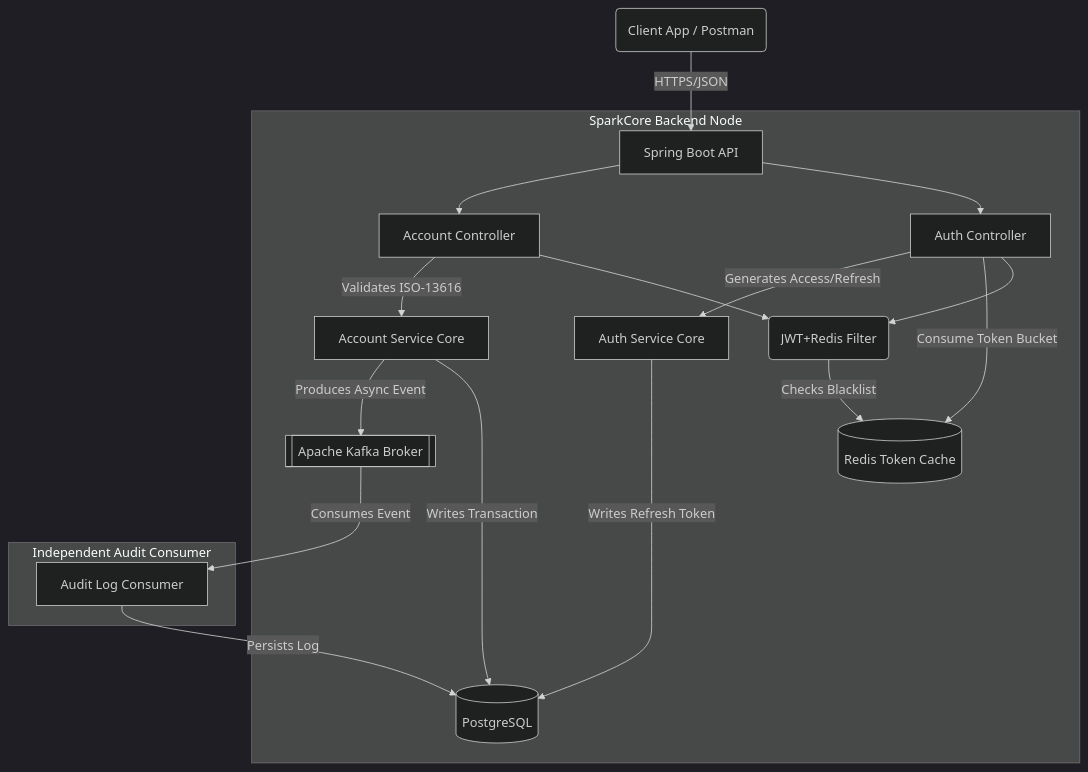
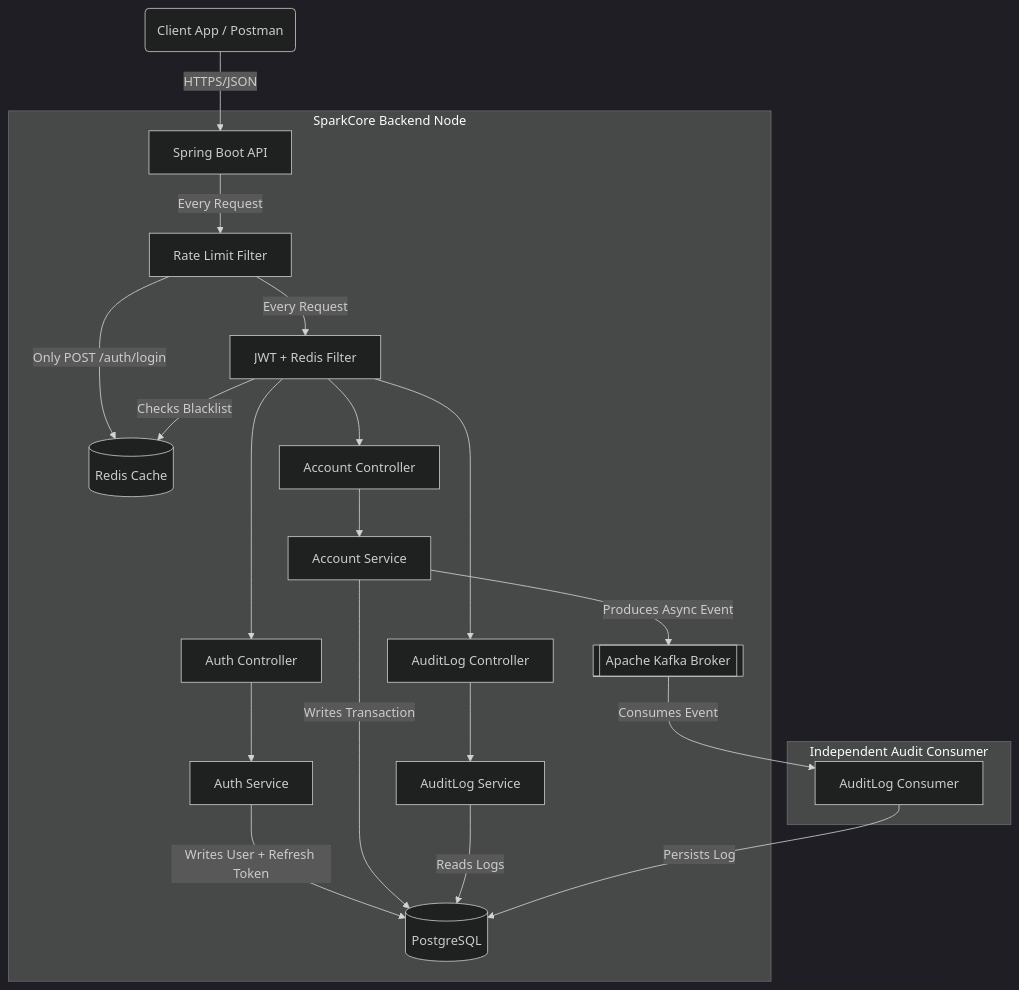
The diagram in README.md (MuadBenMusa/sparkcore-backend), drawn with Mermaid (dark theme) before and after one commit.

Commit message:
docs: use proper sequential filter chain mermaid diagram

````diff
--- a/README.md
+++ b/README.md
@@ -29,28 +29,31 @@
 ```mermaid
 graph TD
     Client(Client App / Postman) -->|HTTPS/JSON| API[Spring Boot API]
-    
+    DB[(PostgreSQL)]
+
     subgraph SparkCore Backend Node
-        API --> Auth[Auth Controller]
-        API --> Account[Account Controller]
-        
-        Auth --> JwtFilter(JWT+Redis Filter)
-        Account --> JwtFilter
-        
-        JwtFilter -- Checks Blacklist --> Redis[(Redis Token Cache)]
-        Auth -- Consume Token Bucket --> Redis
-        
-        Account -- Validates ISO-13616 --> CoreLogic[Account Service Core]
-        Auth -- Generates Access/Refresh --> AuthLogic[Auth Service Core]
-        
-        CoreLogic -- Writes Transaction --> DB[(PostgreSQL)]
-        AuthLogic -- Writes Refresh Token --> DB
-        
-        CoreLogic -- Produces Async Event --> Kafka[[Apache Kafka Broker]]
+        API -->|Every Request| RateFilter[Rate Limit Filter]
+        RateFilter -->|Only POST /auth/login| Redis[(Redis Cache)]
+        RateFilter -->|Every Request| JwtFilter[JWT + Redis Filter]
+        JwtFilter -->|Checks Blacklist| Redis
+
+        JwtFilter --> Auth[Auth Controller]
+        JwtFilter --> Account[Account Controller]
+        JwtFilter --> AuditCtrl[AuditLog Controller]
+
+        Auth --> AuthLogic[Auth Service]
+        Account --> CoreLogic[Account Service]
+        AuditCtrl --> AuditRead[AuditLog Service]
+
+        AuthLogic -->|Writes User + Refresh Token| DB
+        CoreLogic -->|Writes Transaction| DB
+        AuditRead -->|Reads Logs| DB
+
+        CoreLogic -->|Produces Async Event| Kafka[[Apache Kafka Broker]]
     end
 
     subgraph Independent Audit Consumer
-        Kafka -- Consumes Event --> AuditService[Audit Log Consumer]
-        AuditService -- Persists Log --> DB
+        Kafka -->|Consumes Event| AuditConsumer[AuditLog Consumer]
+        AuditConsumer -->|Persists Log| DB
     end
 ```
````
